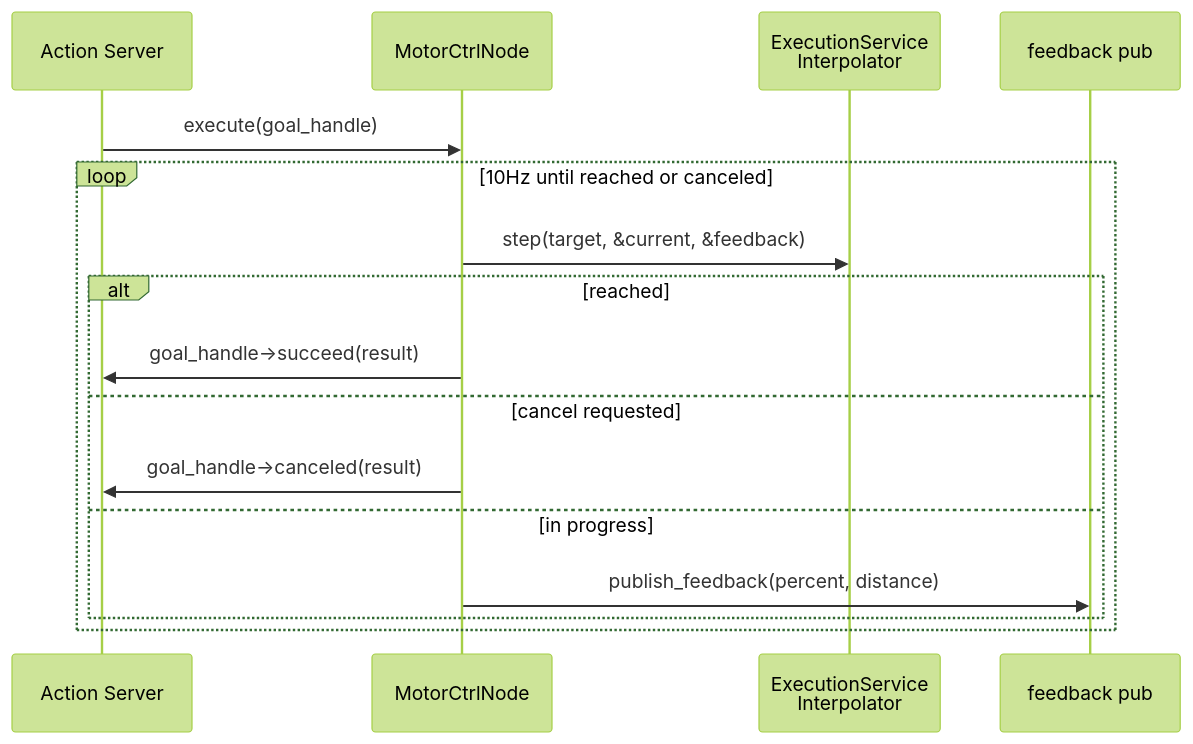
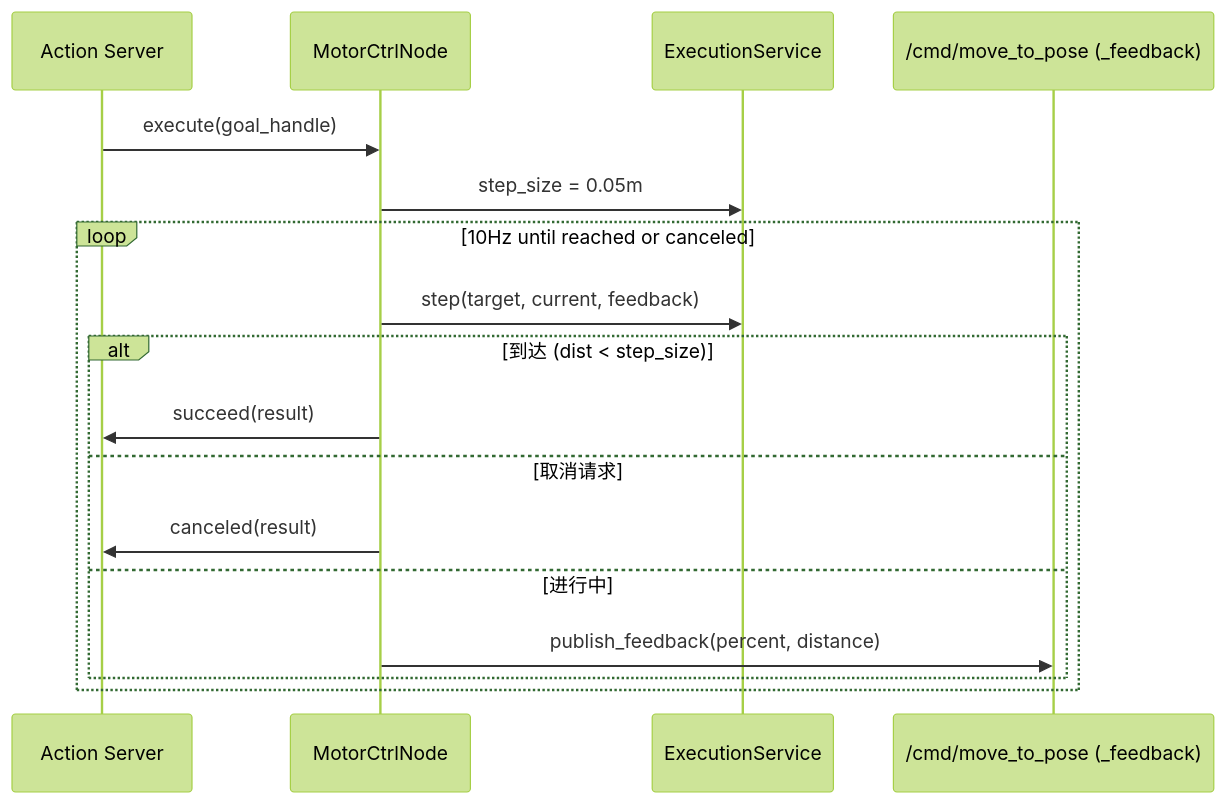
One commit to guang-lee-cn/ros2_robot_middleware changed the third of 3 diagrams in doc/subsystems/actuation-pipeline.md. Above: the diagram before and after it, drawn with Mermaid (forest theme). The commit also changed other lines of this file and 7 other files, not shown here.

````diff
--- a/doc/subsystems/actuation-pipeline.md
+++ b/doc/subsystems/actuation-pipeline.md
@@ -17,21 +49,21 @@
 ```mermaid
 sequenceDiagram
     participant ACT as Action Server
     participant MC as MotorCtrlNode
-    participant EX as ExecutionService<br/>Interpolator
-    participant FB as feedback pub
+    participant EX as ExecutionService
+    participant FB as /cmd/move_to_pose (_feedback)
 
     ACT->>MC: execute(goal_handle)
-    
+    MC->>EX: step_size = 0.05m
+
     loop 10Hz until reached or canceled
-        MC->>EX: step(target, &current, &feedback)
-        
-        alt reached
-            MC->>ACT: goal_handle->succeed(result)
-        else cancel requested
-            MC->>ACT: goal_handle->canceled(result)
-        else in progress
+        MC->>EX: step(target, current, feedback)
+        alt 到达 (dist < step_size)
+            MC->>ACT: succeed(result)
+        else 取消请求
+            MC->>ACT: canceled(result)
+        else 进行中
             MC->>FB: publish_feedback(percent, distance)
         end
     end
 ```
````
